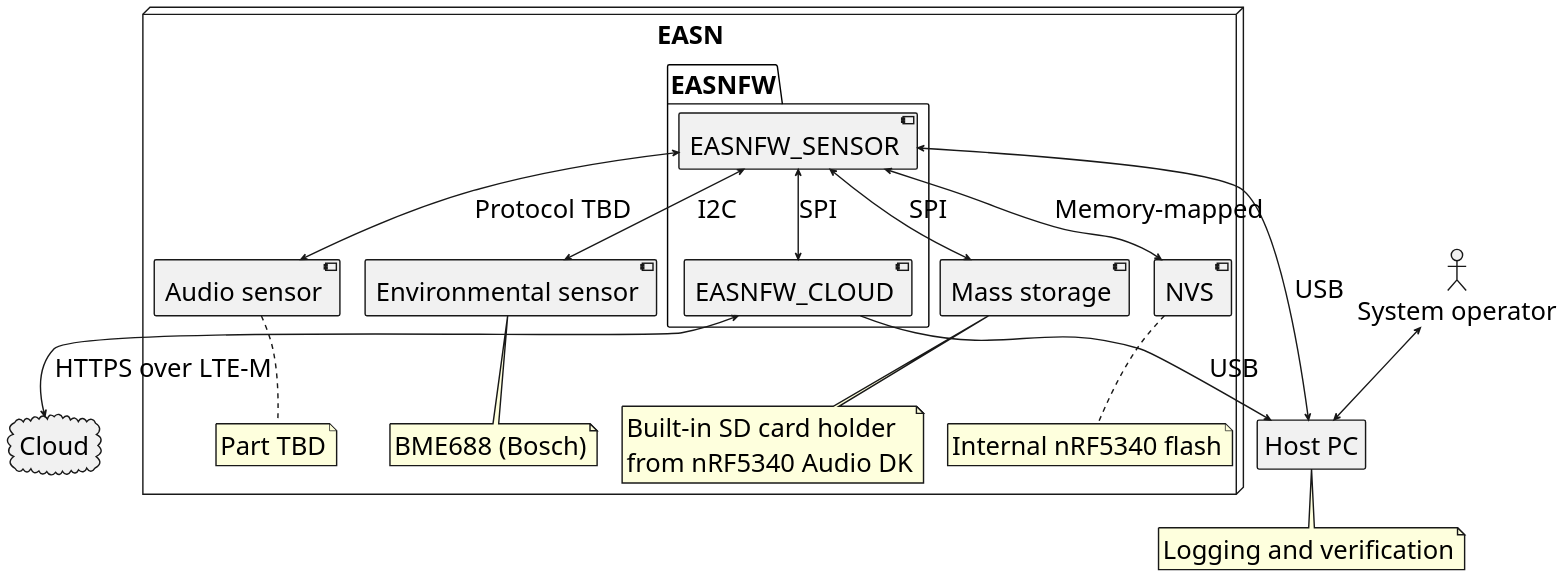
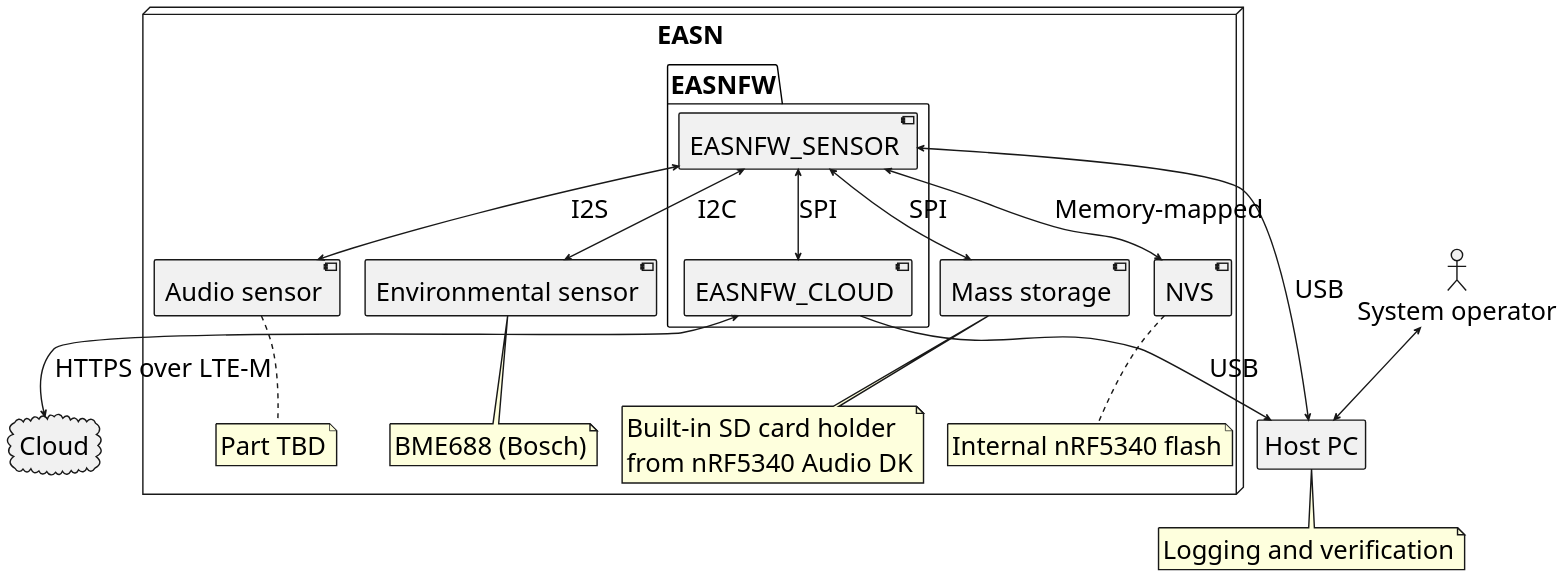
The diagram in docs/sphinx/source/diagrams/sys_arch.puml (hslourenc/easnfw), drawn with PlantUML before and after one commit. The commit also changed 10 other files, not shown here.

Commit message:
docs: refine EASN data and deployment architecture

```diff
--- a/docs/sphinx/source/diagrams/sys_arch.puml
+++ b/docs/sphinx/source/diagrams/sys_arch.puml
@@ -1,61 +1,61 @@
 @startuml
 skinparam defaultFontSize 36
 skinparam ArrowThickness 2
 skinparam CloudBorderThickness 2
 skinparam AgentBorderThickness 2
 skinparam ActorBorderThickness 2
 skinparam NodeBorderThickness 2
 skinparam PackageBorderThickness 2
 skinparam NoteBorderThickness 2
 skinparam ComponentBorderThickness 2
 
 cloud Cloud
 agent "Host PC" as Host_PC
 note bottom of Host_PC
 Logging and verification
 end note
 actor "System operator" as System_operator
 
 node "EASN" {
     package "EASNFW" {
         [EASNFW_SENSOR]
         [EASNFW_CLOUD]
     }
     [Audio sensor]
     note bottom of [Audio sensor]
         Part TBD
     end note
     [Environmental sensor]
     note bottom of [Environmental sensor]
         BME688 (Bosch)
     end note
     [Mass storage]
     note bottom of [Mass storage]
         Built-in SD card holder
         from nRF5340 Audio DK
     end note
     [NVS]
     note bottom of [NVS]
         Internal nRF5340 flash
     end note
     /'
     [Backup storage]
     note bottom of [Backup storage]
         Built-in external flash memory
         from nRF9151 SMA DK
     end note
     '/
 }
 
-[EASNFW_SENSOR] <--> [Audio sensor]                  : Protocol TBD
+[EASNFW_SENSOR] <--> [Audio sensor]                  : I2S
 [EASNFW_SENSOR] <--> [Environmental sensor]          : I2C
 [EASNFW_SENSOR] <--> Host_PC                         : USB
 [EASNFW_SENSOR] <--> [Mass storage]                  : SPI
 [EASNFW_SENSOR] <--> [NVS]                           : Memory-mapped
 [EASNFW_SENSOR] <--> [EASNFW_CLOUD]                  : SPI
 [EASNFW_CLOUD]  <--> Cloud                           : HTTPS over LTE-M
 [EASNFW_CLOUD]   --> Host_PC                         : USB
 ' [EASNFW_CLOUD]  <--> [Backup storage]        : SPI
 System_operator <--> Host_PC
 
 @enduml
```
